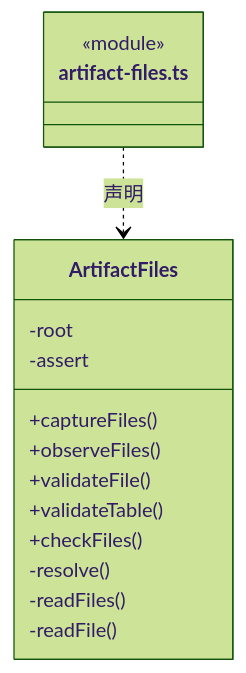
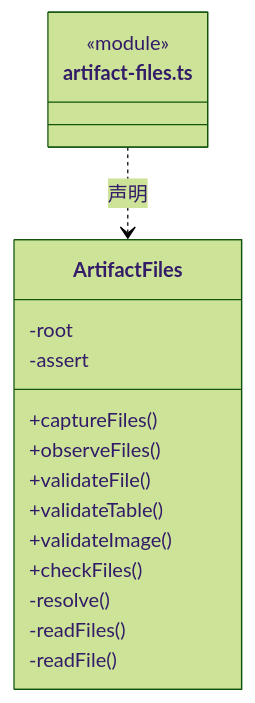
Before and after one commit to nan023062/cbim: the second of 22 diagrams in src/backend/main/platform/ARCHITECTURE.md, drawn with Mermaid (forest theme). The commit also changed other lines of this file and 47 other files, not shown here.

````diff
--- a/src/backend/main/platform/ARCHITECTURE.md
+++ b/src/backend/main/platform/ARCHITECTURE.md
@@ -39,19 +40,20 @@
 ```mermaid
 classDiagram
 class N_src_backend_main_platform_artifact_files_ts["artifact-files.ts"] {
   <<module>>
 }
 class N_src_backend_main_platform_artifact_files_ts_ArtifactFiles["ArtifactFiles"] {
   +captureFiles()
   +observeFiles()
   +validateFile()
   +validateTable()
+  +validateImage()
   +checkFiles()
   -root
   -assert
   -resolve()
   -readFiles()
   -readFile()
 }
 N_src_backend_main_platform_artifact_files_ts ..> N_src_backend_main_platform_artifact_files_ts_ArtifactFiles : 声明
 ```
````
